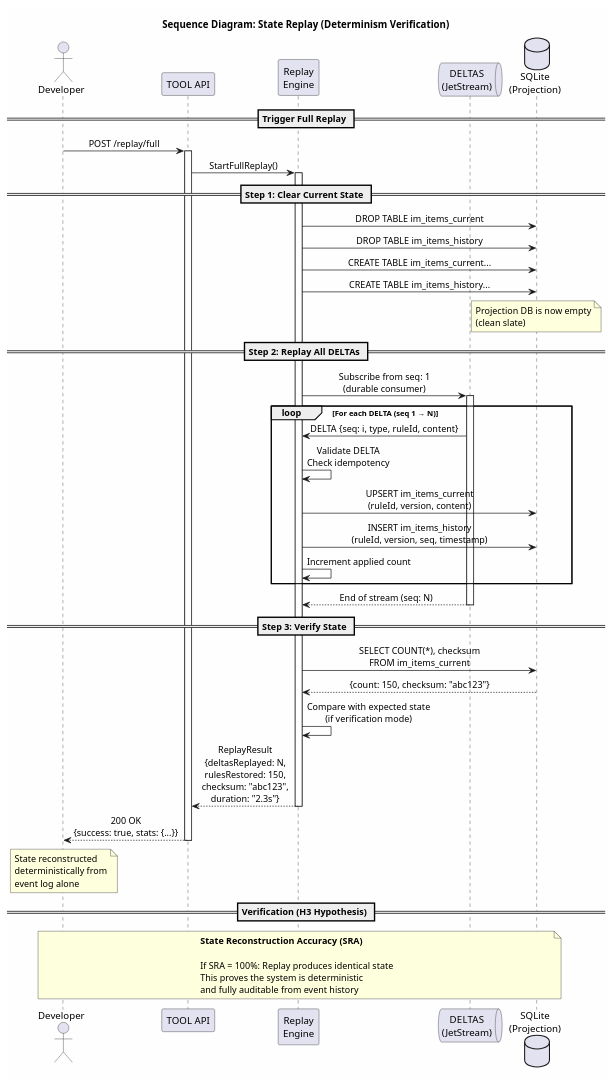
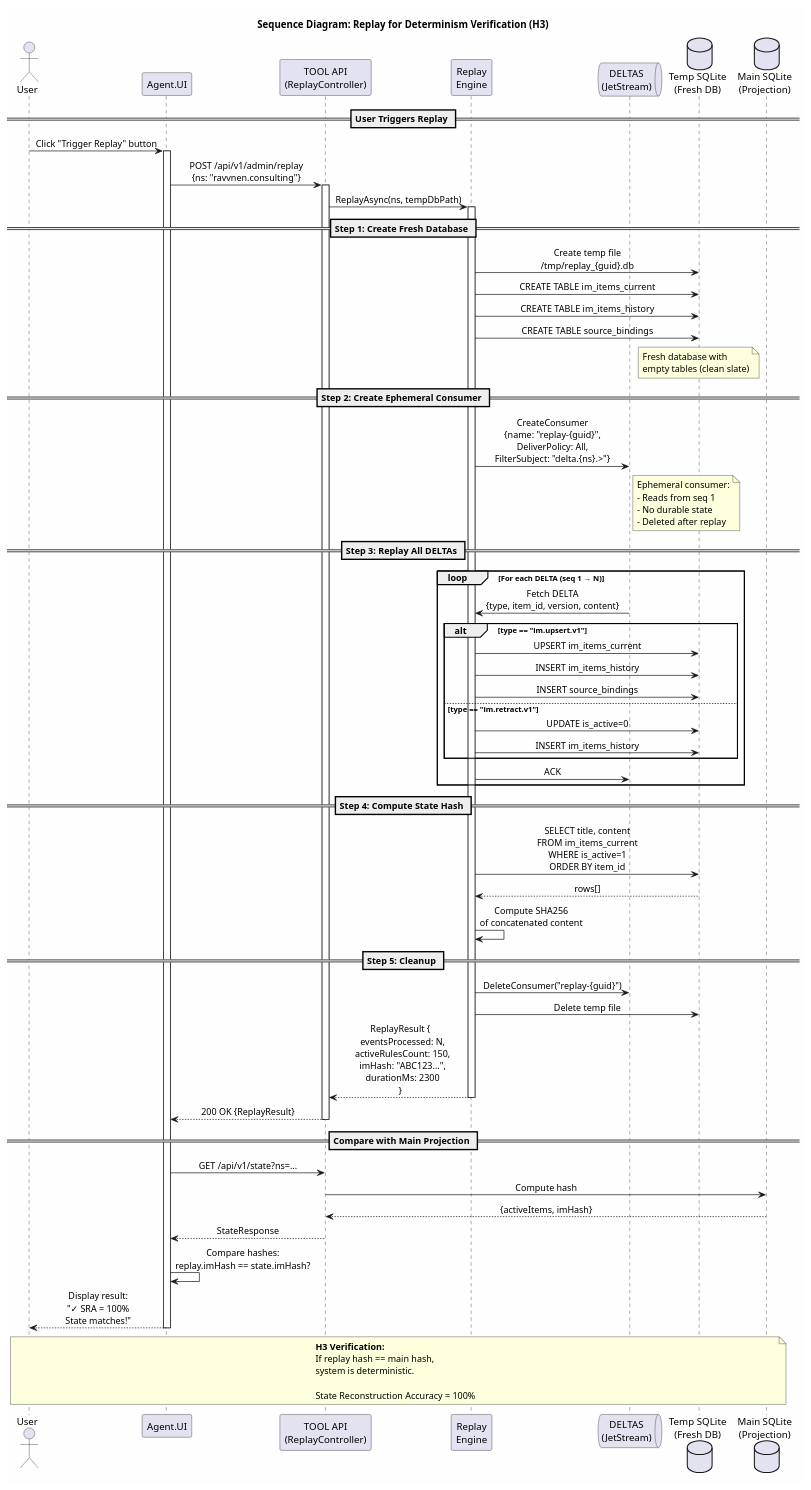
Before and after one commit to ravvnen/TOOL: the diagram in diagrams/seq_3_replay.puml, drawn with PlantUML. The commit also changed 4 other files, not shown here.

First line of the commit message:
Fix remaining PlantUML diagrams for accuracy

```diff
--- a/diagrams/seq_3_replay.puml
+++ b/diagrams/seq_3_replay.puml
@@ -1,74 +1,101 @@
 @startuml Sequence_Replay
-title Sequence Diagram: State Replay (Determinism Verification)
+title Sequence Diagram: Replay for Determinism Verification (H3)
 
 skinparam backgroundColor #FEFEFE
 skinparam sequenceMessageAlign center
 
-actor "Developer" as DEV
-participant "TOOL API" as API
+actor "User" as USER
+participant "Agent.UI" as UI
+participant "TOOL API\n(ReplayController)" as API
 participant "Replay\nEngine" as REPLAY
 queue "DELTAS\n(JetStream)" as DELTAS
-database "SQLite\n(Projection)" as DB
+database "Temp SQLite\n(Fresh DB)" as TEMP_DB
+database "Main SQLite\n(Projection)" as MAIN_DB
 
-== Trigger Full Replay ==
+== User Triggers Replay ==
 
-DEV -> API: POST /replay/full
+USER -> UI: Click "Trigger Replay" button
+activate UI
+
+UI -> API: POST /api/v1/admin/replay\n{ns: "ravvnen.consulting"}
 activate API
 
-API -> REPLAY: StartFullReplay()
+API -> REPLAY: ReplayAsync(ns, tempDbPath)
 activate REPLAY
 
-== Step 1: Clear Current State ==
+== Step 1: Create Fresh Database ==
 
-REPLAY -> DB: DROP TABLE im_items_current
-REPLAY -> DB: DROP TABLE im_items_history
-REPLAY -> DB: CREATE TABLE im_items_current...
-REPLAY -> DB: CREATE TABLE im_items_history...
+REPLAY -> TEMP_DB: Create temp file\n/tmp/replay_{guid}.db
+REPLAY -> TEMP_DB: CREATE TABLE im_items_current
+REPLAY -> TEMP_DB: CREATE TABLE im_items_history
+REPLAY -> TEMP_DB: CREATE TABLE source_bindings
 
-note over DB: Projection DB is now empty\n(clean slate)
+note over TEMP_DB: Fresh database with\nempty tables (clean slate)
 
-== Step 2: Replay All DELTAs ==
+== Step 2: Create Ephemeral Consumer ==
 
-REPLAY -> DELTAS: Subscribe from seq: 1\n(durable consumer)
-activate DELTAS
+REPLAY -> DELTAS: CreateConsumer\n{name: "replay-{guid}",\nDeliverPolicy: All,\nFilterSubject: "delta.{ns}.>"}
+
+note right of DELTAS
+  Ephemeral consumer:
+  - Reads from seq 1
+  - No durable state
+  - Deleted after replay
+end note
+
+== Step 3: Replay All DELTAs ==
 
 loop For each DELTA (seq 1 → N)
-    DELTAS -> REPLAY: DELTA {seq: i, type, ruleId, content}
+    DELTAS -> REPLAY: Fetch DELTA\n{type, item_id, version, content}
 
-    REPLAY -> REPLAY: Validate DELTA\nCheck idempotency
+    alt type == "im.upsert.v1"
+        REPLAY -> TEMP_DB: UPSERT im_items_current
+        REPLAY -> TEMP_DB: INSERT im_items_history
+        REPLAY -> TEMP_DB: INSERT source_bindings
+    else type == "im.retract.v1"
+        REPLAY -> TEMP_DB: UPDATE is_active=0
+        REPLAY -> TEMP_DB: INSERT im_items_history
+    end
 
-    REPLAY -> DB: UPSERT im_items_current\n(ruleId, version, content)
-    REPLAY -> DB: INSERT im_items_history\n(ruleId, version, seq, timestamp)
-
-    REPLAY -> REPLAY: Increment applied count
+    REPLAY -> DELTAS: ACK
 end
 
-DELTAS --> REPLAY: End of stream (seq: N)
-deactivate DELTAS
+== Step 4: Compute State Hash ==
 
-== Step 3: Verify State ==
+REPLAY -> TEMP_DB: SELECT title, content\nFROM im_items_current\nWHERE is_active=1\nORDER BY item_id
+TEMP_DB --> REPLAY: rows[]
 
-REPLAY -> DB: SELECT COUNT(*), checksum\nFROM im_items_current
-DB --> REPLAY: {count: 150, checksum: "abc123"}
+REPLAY -> REPLAY: Compute SHA256\nof concatenated content
 
-REPLAY -> REPLAY: Compare with expected state\n(if verification mode)
+== Step 5: Cleanup ==
 
-REPLAY --> API: ReplayResult\n{deltasReplayed: N,\nrulesRestored: 150,\nchecksum: "abc123",\nduration: "2.3s"}
+REPLAY -> DELTAS: DeleteConsumer("replay-{guid}")
+REPLAY -> TEMP_DB: Delete temp file
+
+REPLAY --> API: ReplayResult {\n  eventsProcessed: N,\n  activeRulesCount: 150,\n  imHash: "ABC123...",\n  durationMs: 2300\n}
 deactivate REPLAY
 
-API --> DEV: 200 OK\n{success: true, stats: {...}}
+API --> UI: 200 OK {ReplayResult}
 deactivate API
 
-note over DEV: State reconstructed\ndeterministically from\nevent log alone
+== Compare with Main Projection ==
 
-== Verification (H3 Hypothesis) ==
+UI -> API: GET /api/v1/state?ns=...
+API -> MAIN_DB: Compute hash
+MAIN_DB --> API: {activeItems, imHash}
+API --> UI: StateResponse
 
-note over DEV, DB
-  **State Reconstruction Accuracy (SRA)**
+UI -> UI: Compare hashes:\nreplay.imHash == state.imHash?
 
-  If SRA = 100%: Replay produces identical state
-  This proves the system is deterministic
-  and fully auditable from event history
+UI --> USER: Display result:\n"✓ SRA = 100%\nState matches!"
+deactivate UI
+
+note over USER, MAIN_DB
+  **H3 Verification:**
+  If replay hash == main hash,
+  system is deterministic.
+
+  State Reconstruction Accuracy = 100%
 end note
 
 @enduml
```
